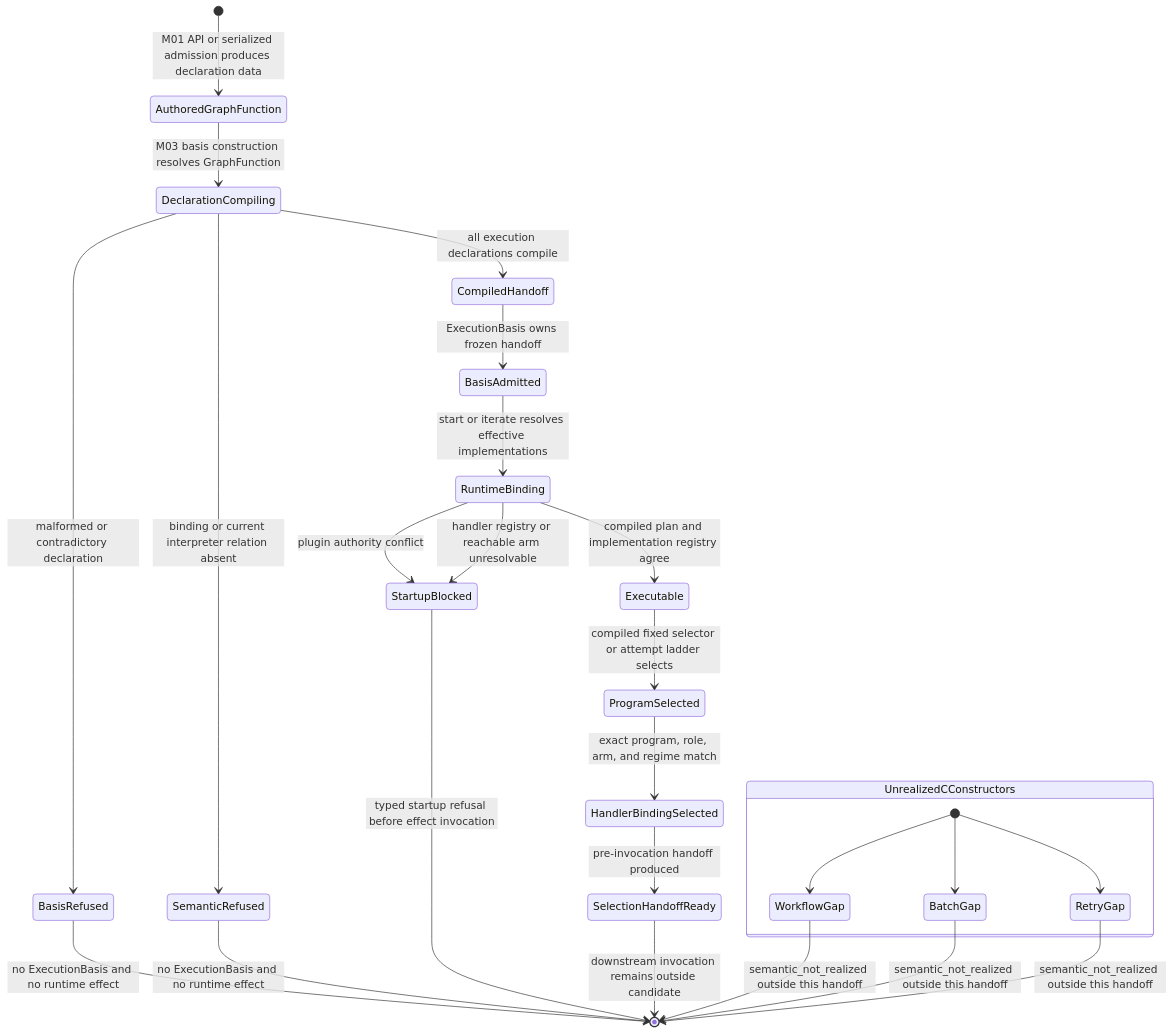
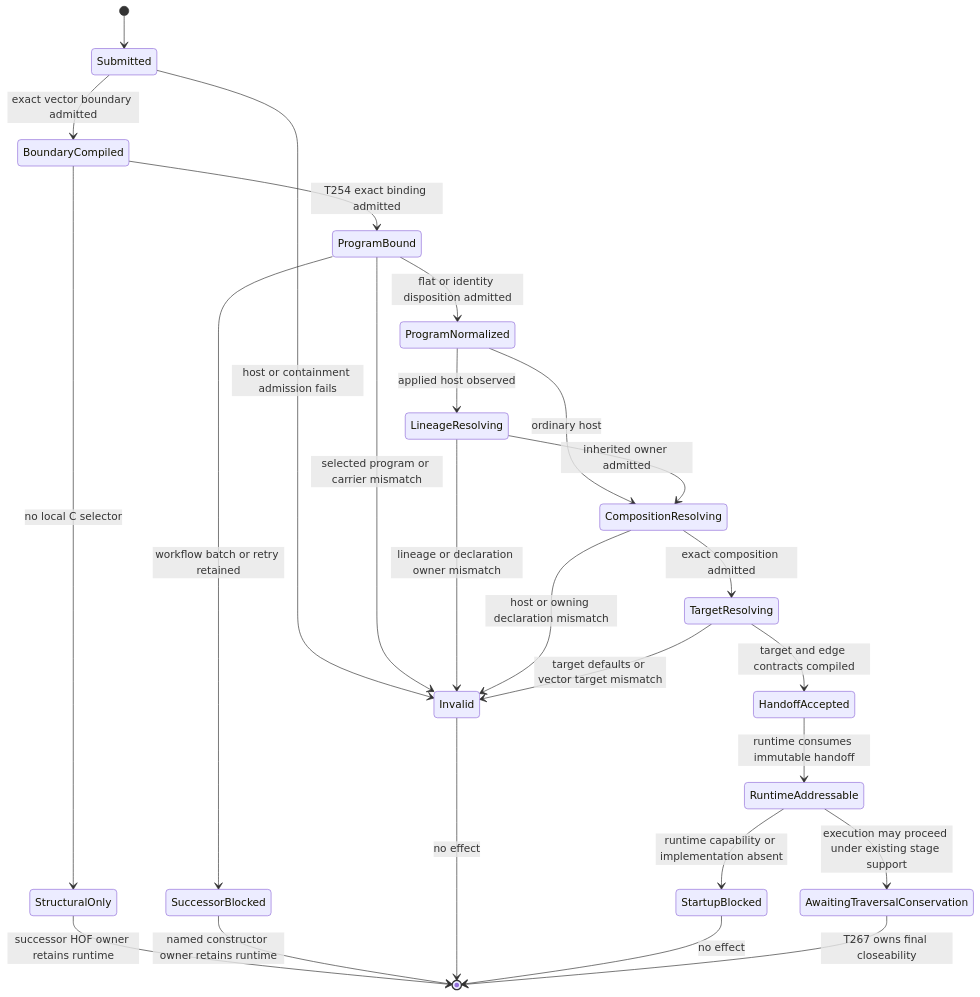
One commit to foolishimp/abiogenesis changed the third of 3 diagrams in build_tenants/abiogenesis/typescript/design/M03_COMPILED_EXECUTION_HANDOFF_BEHAVIOR_DESIGN.md. Above: the diagram before and after it, drawn with Mermaid. The commit also changed other lines of this file and 6 other files, not shown here.

Commit message:
docs(design): reframe T-255 vector execution handoff

````diff
--- a/build_tenants/abiogenesis/typescript/design/M03_COMPILED_EXECUTION_HANDOFF_BEHAVIOR_DESIGN.md
+++ b/build_tenants/abiogenesis/typescript/design/M03_COMPILED_EXECUTION_HANDOFF_BEHAVIOR_DESIGN.md
@@ -349,29 +383,27 @@
 ```mermaid
 stateDiagram-v2
-  [*] --> AuthoredGraphFunction: M01 API or serialized admission produces declaration data
-  AuthoredGraphFunction --> DeclarationCompiling: M03 basis construction resolves GraphFunction
-  DeclarationCompiling --> BasisRefused: malformed or contradictory declaration
-  DeclarationCompiling --> SemanticRefused: binding or current interpreter relation absent
-  DeclarationCompiling --> CompiledHandoff: all execution declarations compile
-  CompiledHandoff --> BasisAdmitted: ExecutionBasis owns frozen handoff
-  BasisAdmitted --> RuntimeBinding: start or iterate resolves effective implementations
-  RuntimeBinding --> StartupBlocked: plugin authority conflict
-  RuntimeBinding --> StartupBlocked: handler registry or reachable arm unresolvable
-  RuntimeBinding --> Executable: compiled plan and implementation registry agree
-  Executable --> ProgramSelected: compiled fixed selector or attempt ladder selects
-  ProgramSelected --> HandlerBindingSelected: exact program, role, arm, and regime match
-  HandlerBindingSelected --> SelectionHandoffReady: pre-invocation handoff produced
-  BasisRefused --> [*]: no ExecutionBasis and no runtime effect
-  SemanticRefused --> [*]: no ExecutionBasis and no runtime effect
-  StartupBlocked --> [*]: typed startup refusal before effect invocation
-  SelectionHandoffReady --> [*]: downstream invocation remains outside candidate
-
-  state UnrealizedCConstructors {
-    [*] --> WorkflowGap
-    [*] --> BatchGap
-    [*] --> RetryGap
-  }
-  WorkflowGap --> [*]: semantic_not_realized outside this handoff
-  BatchGap --> [*]: semantic_not_realized outside this handoff
-  RetryGap --> [*]: semantic_not_realized outside this handoff
+  [*] --> Submitted
+  Submitted --> Invalid: host or containment admission fails
+  Submitted --> BoundaryCompiled: exact vector boundary admitted
+  BoundaryCompiled --> StructuralOnly: no local C selector
+  BoundaryCompiled --> ProgramBound: T254 exact binding admitted
+  ProgramBound --> Invalid: selected program or carrier mismatch
+  ProgramBound --> SuccessorBlocked: workflow batch or retry retained
+  ProgramBound --> ProgramNormalized: flat or identity disposition admitted
+  ProgramNormalized --> LineageResolving: applied host observed
+  ProgramNormalized --> CompositionResolving: ordinary host
+  LineageResolving --> Invalid: lineage or declaration owner mismatch
+  LineageResolving --> CompositionResolving: inherited owner admitted
+  CompositionResolving --> Invalid: host or owning declaration mismatch
+  CompositionResolving --> TargetResolving: exact composition admitted
+  TargetResolving --> Invalid: target defaults or vector target mismatch
+  TargetResolving --> HandoffAccepted: target and edge contracts compiled
+  HandoffAccepted --> RuntimeAddressable: runtime consumes immutable handoff
+  RuntimeAddressable --> StartupBlocked: runtime capability or implementation absent
+  RuntimeAddressable --> AwaitingTraversalConservation: execution may proceed under existing stage support
+  StructuralOnly --> [*]: successor HOF owner retains runtime
+  SuccessorBlocked --> [*]: named constructor owner retains runtime
+  Invalid --> [*]: no effect
+  StartupBlocked --> [*]: no effect
+  AwaitingTraversalConservation --> [*]: T267 owns final closeability
 ```
````
